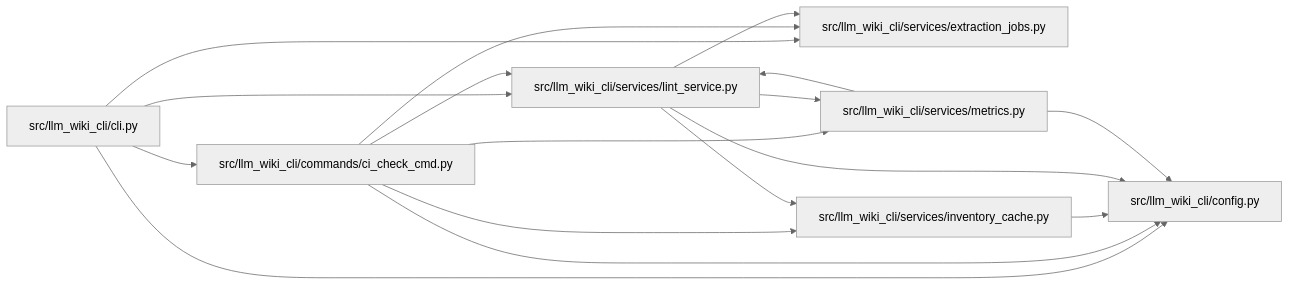
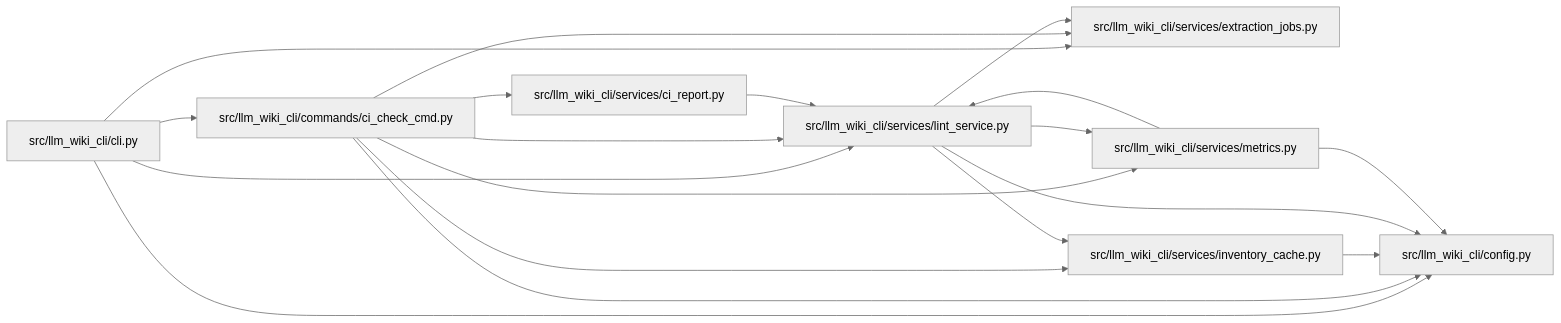
The diagram in docs/llm_wiki/modules/ci_check_cmd.md (Denissvgn/python-wiki-llm), drawn with Mermaid (neutral theme) before and after one commit. The commit also changed other lines of this file and 33 other files, not shown here.

````diff
--- a/docs/llm_wiki/modules/ci_check_cmd.md
+++ b/docs/llm_wiki/modules/ci_check_cmd.md
@@ -30,33 +31,37 @@
 ```mermaid
 flowchart LR
     n0["src/llm_wiki_cli/cli.py"]
     n1["src/llm_wiki_cli/commands/ci_check_cmd.py"]
     n2["src/llm_wiki_cli/config.py"]
-    n3["src/llm_wiki_cli/services/extraction_jobs.py"]
-    n4["src/llm_wiki_cli/services/inventory_cache.py"]
-    n5["src/llm_wiki_cli/services/lint_service.py"]
-    n6["src/llm_wiki_cli/services/metrics.py"]
+    n3["src/llm_wiki_cli/services/ci_report.py"]
+    n4["src/llm_wiki_cli/services/extraction_jobs.py"]
+    n5["src/llm_wiki_cli/services/inventory_cache.py"]
+    n6["src/llm_wiki_cli/services/lint_service.py"]
+    n7["src/llm_wiki_cli/services/metrics.py"]
     n0 --> n1
     n0 --> n2
-    n0 --> n3
-    n0 --> n5
+    n0 --> n4
+    n0 --> n6
     n1 --> n2
     n1 --> n3
     n1 --> n4
     n1 --> n5
     n1 --> n6
-    n4 --> n2
+    n1 --> n7
+    n3 --> n6
     n5 --> n2
-    n5 --> n3
-    n5 --> n4
-    n5 --> n6
     n6 --> n2
+    n6 --> n4
     n6 --> n5
+    n6 --> n7
+    n7 --> n2
+    n7 --> n6
     click n0 "../modules/cli.md"
     click n1 "../modules/ci_check_cmd.md"
     click n2 "../modules/config.md"
-    click n3 "../modules/extraction_jobs.md"
-    click n4 "../modules/inventory_cache.md"
-    click n5 "../modules/lint_service.md"
-    click n6 "../modules/metrics.md"
+    click n3 "../modules/ci_report.md"
+    click n4 "../modules/extraction_jobs.md"
+    click n5 "../modules/inventory_cache.md"
+    click n6 "../modules/lint_service.md"
+    click n7 "../modules/metrics.md"
 ```
````
